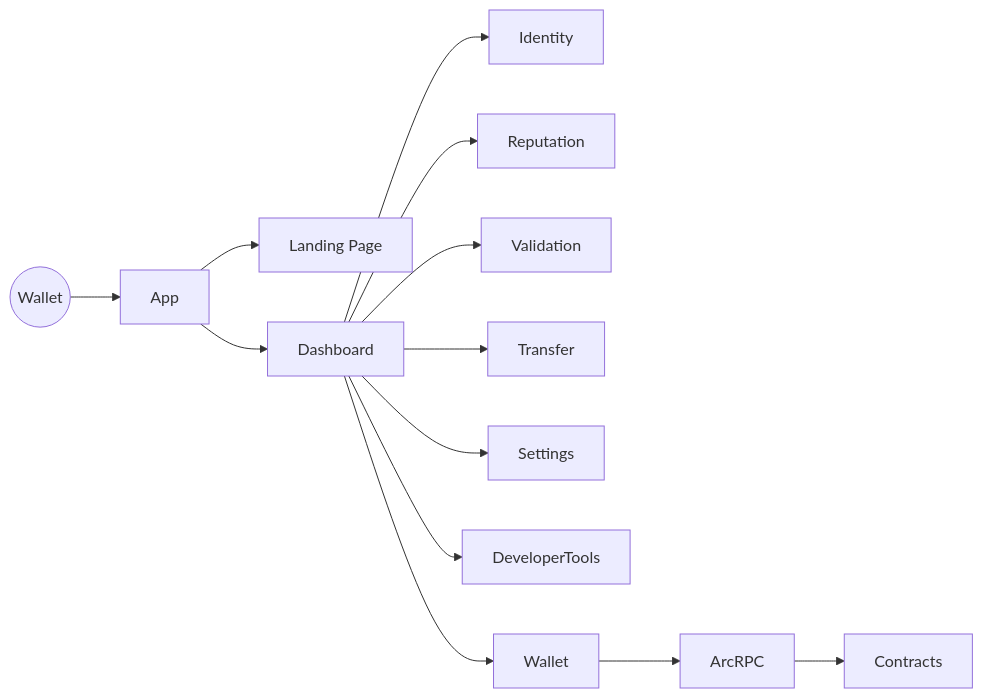
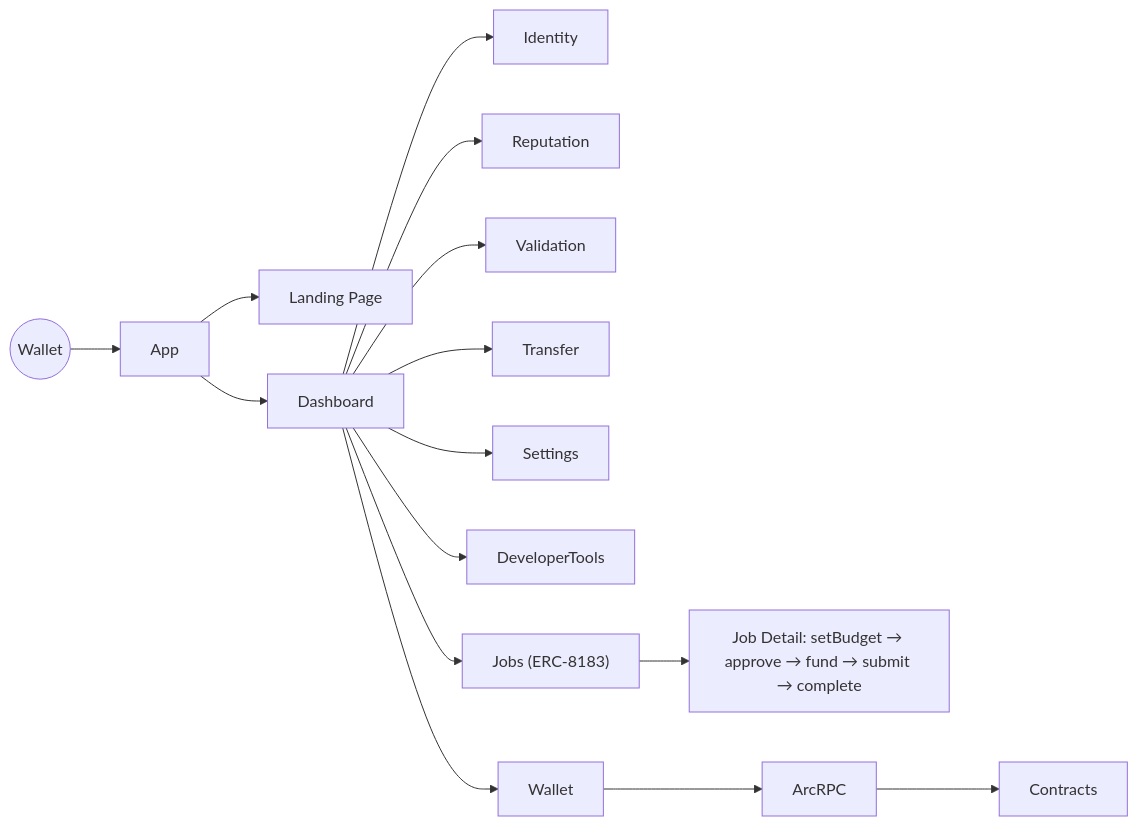
Before and after one commit to Jaehaerysp/arc-agent-hub-v8: the diagram in README.md, drawn with Mermaid. The commit also changed other lines of this file and 27 other files, not shown here.

````diff
--- a/README.md
+++ b/README.md
@@ -82,27 +83,31 @@
 ```mermaid
 flowchart LR
     User(("Wallet"))
         --> App
 
     App --> Landing["Landing Page"]
 
     App --> Dashboard
 
     Dashboard --> Identity
 
     Dashboard --> Reputation
 
     Dashboard --> Validation
 
     Dashboard --> Transfer
 
     Dashboard --> Settings
 
     Dashboard --> DeveloperTools
 
+    Dashboard --> Jobs["Jobs (ERC-8183)"]
+
+    Jobs --> JobDetail["Job Detail: setBudget → approve → fund → submit → complete"]
+
     Dashboard --> Wallet
 
     Wallet --> ArcRPC
 
     ArcRPC --> Contracts
 ```
````
